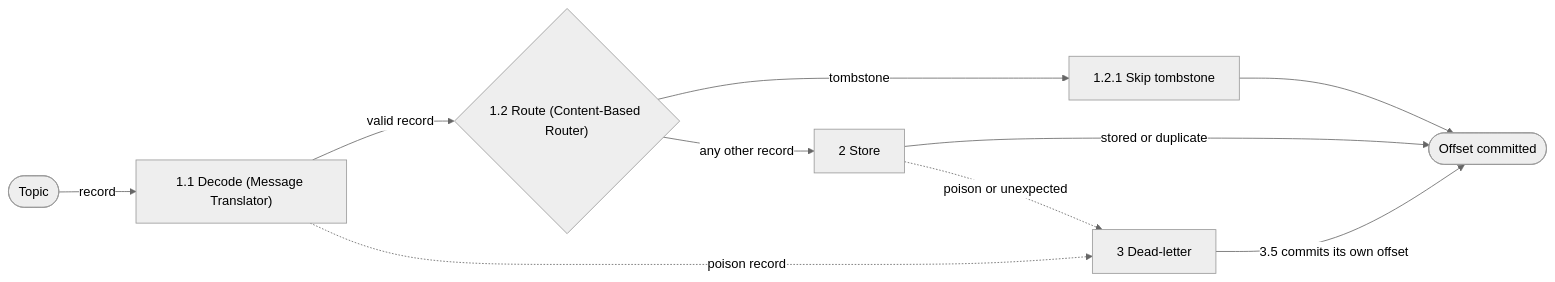
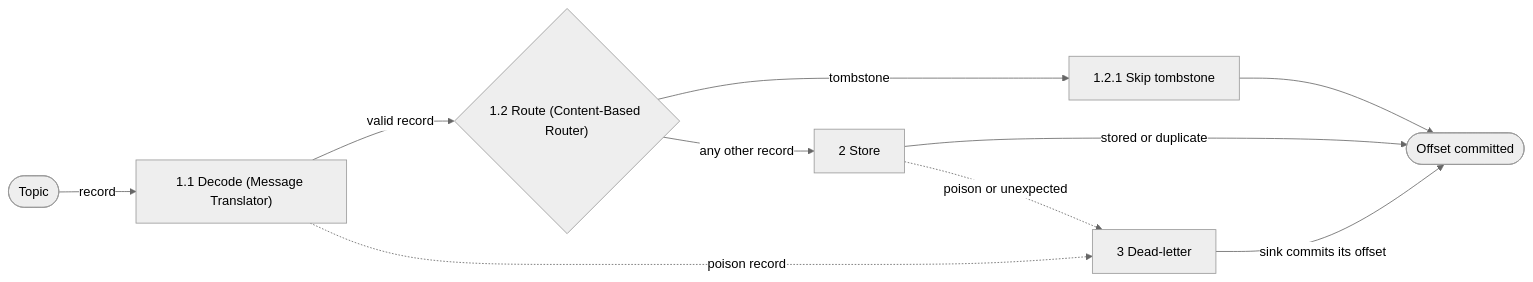
The third of 5 diagrams in docs/design.md (m-almeida-p/ms-ml-conv-history-consumer), drawn with Mermaid (neutral theme) before and after one commit. The commit also changed other lines of this file and 18 other files, not shown here.

````diff
--- a/docs/design.md
+++ b/docs/design.md
@@ -89,20 +89,20 @@
 ```mermaid
 flowchart LR
     topic(["Topic"])
     r11["1.1 Decode (Message Translator)"]
     r12{"1.2 Route (Content-Based Router)"}
     r121["1.2.1 Skip tombstone"]
     r2["2 Store"]
     r13(["Offset committed"])
     r3["3 Dead-letter"]
 
     topic -- "record" --> r11
     r11 -- "valid record" --> r12
     r12 -- "tombstone" --> r121
     r12 -- "any other record" --> r2
     r121 --> r13
     r2 -- "stored or duplicate" --> r13
     r11 -. "poison record" .-> r3
     r2 -. "poison or unexpected" .-> r3
-    r3 -- "3.5 commits its own offset" --> r13
+    r3 -- "sink commits its offset" --> r13
 ```
````
